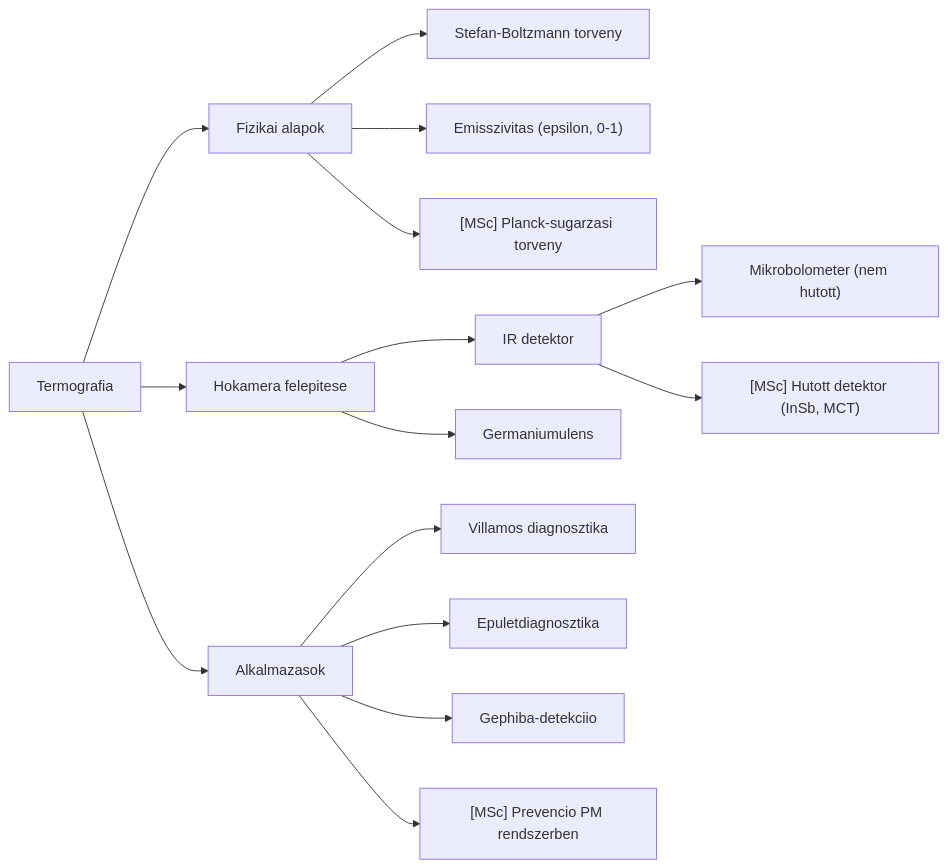
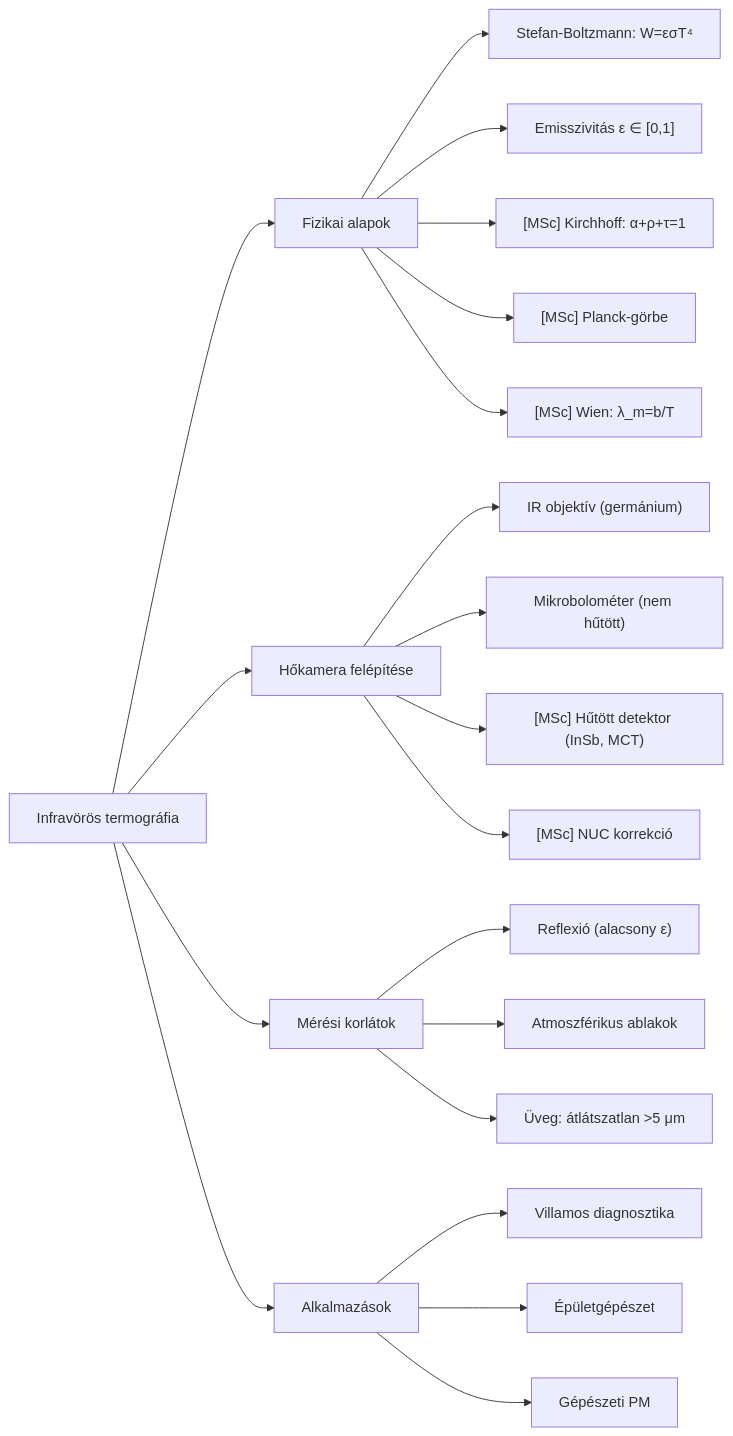
Before and after one commit to InutilemMachina/claude_play: the diagram in haromhetes_teszt/3_termografia/3_Mindmap.md, drawn with Mermaid. The commit also changed other lines of this file and 32 other files, not shown here.

````diff
--- a/haromhetes_teszt/3_termografia/3_Mindmap.md
+++ b/haromhetes_teszt/3_termografia/3_Mindmap.md
@@ -12,18 +12,23 @@
 ```mermaid
 flowchart LR
-  TERMO["Termografia"]
+  TERMO["Infravörös termográfia"]
   TERMO --> FIZIKA["Fizikai alapok"]
-  FIZIKA --> STEFAN["Stefan-Boltzmann torveny"]
-  FIZIKA --> EMISSZ["Emisszivitas (epsilon, 0-1)"]
-  FIZIKA --> PLANK["[MSc] Planck-sugarzasi torveny"]
-  TERMO --> KAMERA["Hokamera felepitese"]
-  KAMERA --> DETEKTOR["IR detektor"]
-  DETEKTOR --> BOLOM["Mikrobolometer (nem hutott)"]
-  DETEKTOR --> COOLED["[MSc] Hutott detektor (InSb, MCT)"]
-  KAMERA --> OBJEKTIV["Germaniumulens"]
-  TERMO --> APP["Alkalmazasok"]
+  FIZIKA --> STEFAN["Stefan-Boltzmann: W=εσT⁴"]
+  FIZIKA --> EMISSZ["Emisszivitás ε ∈ [0,1]"]
+  FIZIKA --> KIRCHH["[MSc] Kirchhoff: α+ρ+τ=1"]
+  FIZIKA --> PLANCK["[MSc] Planck-görbe"]
+  FIZIKA --> WIEN["[MSc] Wien: λ_m=b/T"]
+  TERMO --> KAMERA["Hőkamera felépítése"]
+  KAMERA --> OBJEKT["IR objektív (germánium)"]
+  KAMERA --> BOLOM["Mikrobolométer (nem hűtött)"]
+  KAMERA --> HUTOTT["[MSc] Hűtött detektor (InSb, MCT)"]
+  KAMERA --> NUC["[MSc] NUC korrekció"]
+  TERMO --> MERESHIBAK["Mérési korlátok"]
+  MERESHIBAK --> REFLEXIO["Reflexió (alacsony ε)"]
+  MERESHIBAK --> ATMO["Atmoszférikus ablakok"]
+  MERESHIBAK --> UVEG["Üveg: átlátszatlan >5 μm"]
+  TERMO --> APP["Alkalmazások"]
   APP --> VILLAMOS["Villamos diagnosztika"]
-  APP --> EPULET["Epuletdiagnosztika"]
-  APP --> GEPHIBA["Gephiba-detekciio"]
-  APP --> PPM["[MSc] Prevencio PM rendszerben"]
+  APP --> EPULET["Épületgépészet"]
+  APP --> GEPESZET["Gépészeti PM"]
 ```
````
